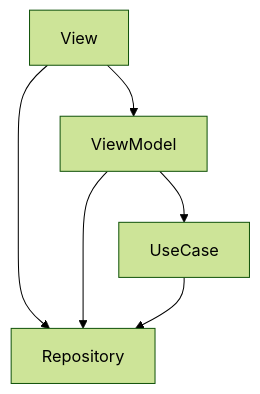
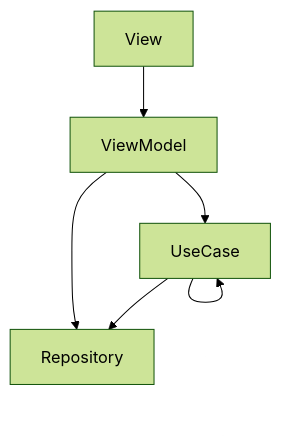
The second of 2 diagrams in README.md (sbkinoko/RPGEngine2), drawn with Mermaid (forest theme) before and after one commit.

````diff
--- a/README.md
+++ b/README.md
@@ -23,12 +23,12 @@
 ```mermaid
 graph TD;
   A-->B;
-  A-->D;
   B-->C;
   B-->D;
+  C-->C;
   C-->D;
   A[View];
   B[ViewModel];
   C[UseCase];
   D[Repository];
 ```
````
